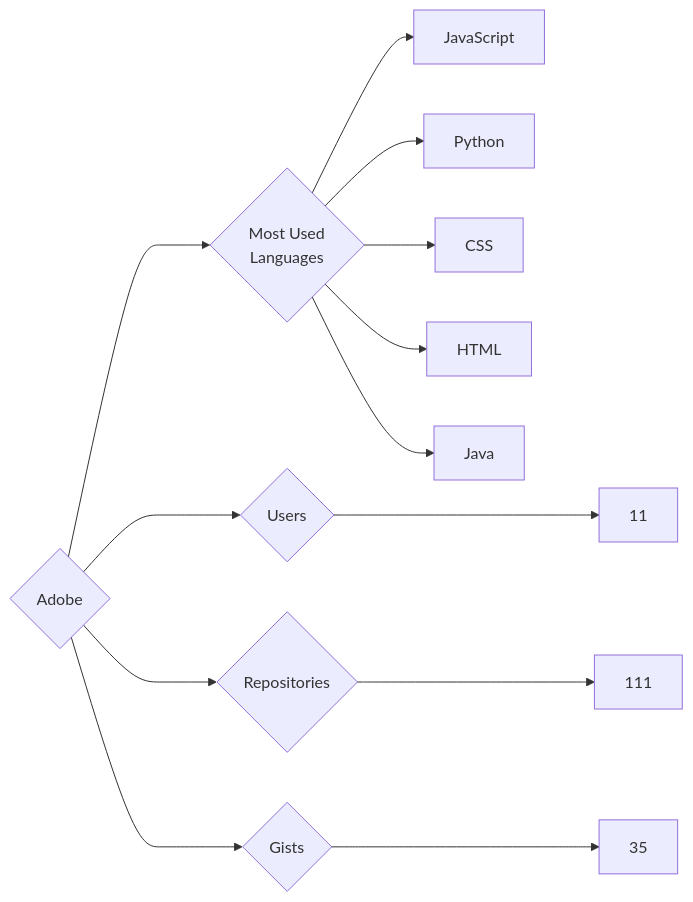
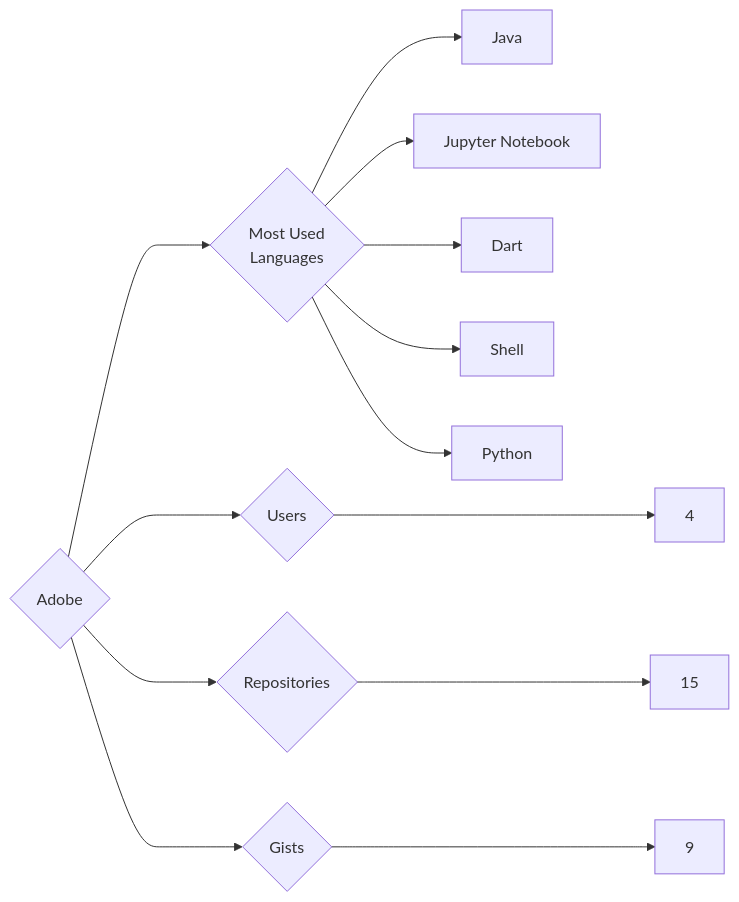
The diagram in targets/Adobe/README.md (trickest/insiders), drawn with Mermaid before and after one commit. The commit also changed 997 other files, not shown here.

````diff
--- a/targets/Adobe/README.md
+++ b/targets/Adobe/README.md
@@ -3,13 +3,13 @@
 ```mermaid
 graph LR
 COMPANY_NAME{Adobe}
-COMPANY_NAME ---> U{Users} ---> UN[11]
-COMPANY_NAME ---> R{Repositories} ---> RN[111]
-COMPANY_NAME ---> G{Gists} ---> GN[35]
+COMPANY_NAME ---> U{Users} ---> UN[4]
+COMPANY_NAME ---> R{Repositories} ---> RN[15]
+COMPANY_NAME ---> G{Gists} ---> GN[9]
 COMPANY_NAME ---> ML{Most Used<br>Languages}
-ML --> JavaScript[JavaScript]
+ML --> Java[Java]
+ML --> Jupyter_Notebook[Jupyter Notebook]
+ML --> Dart[Dart]
+ML --> Shell[Shell]
 ML --> Python[Python]
-ML --> CSS[CSS]
-ML --> HTML[HTML]
-ML --> Java[Java]
 ```
````
